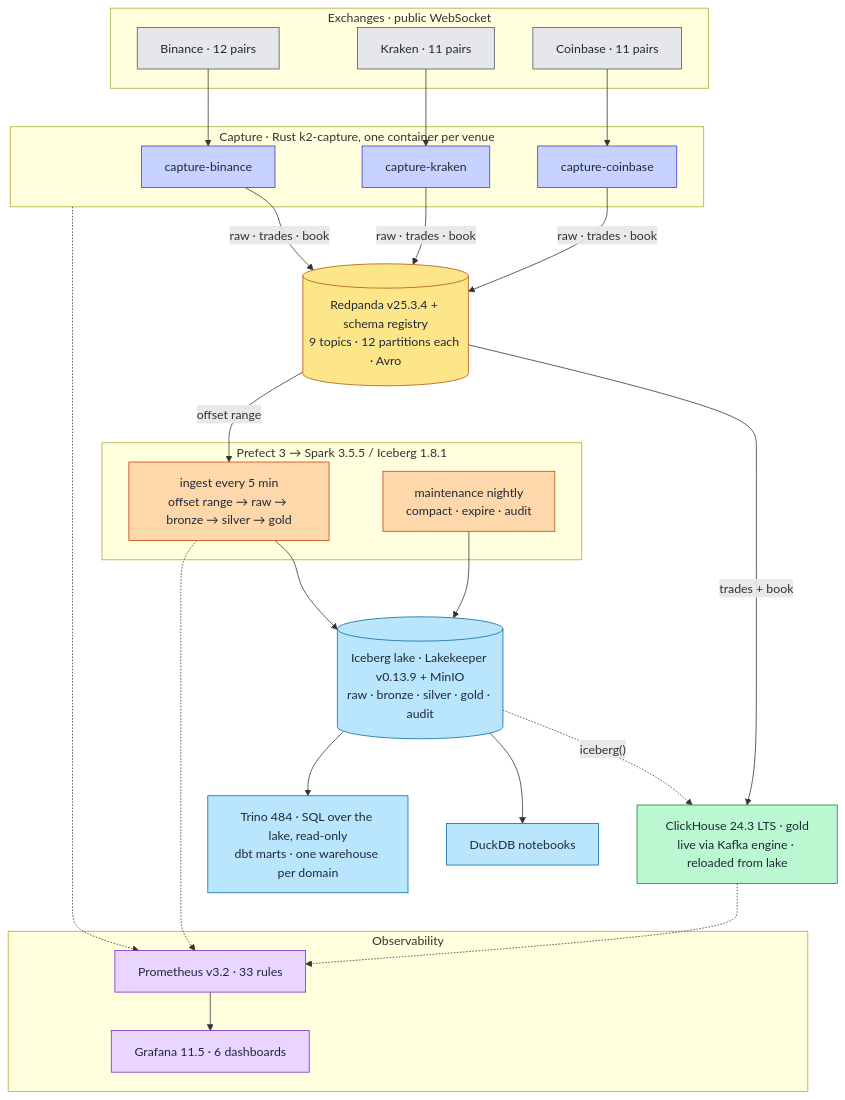
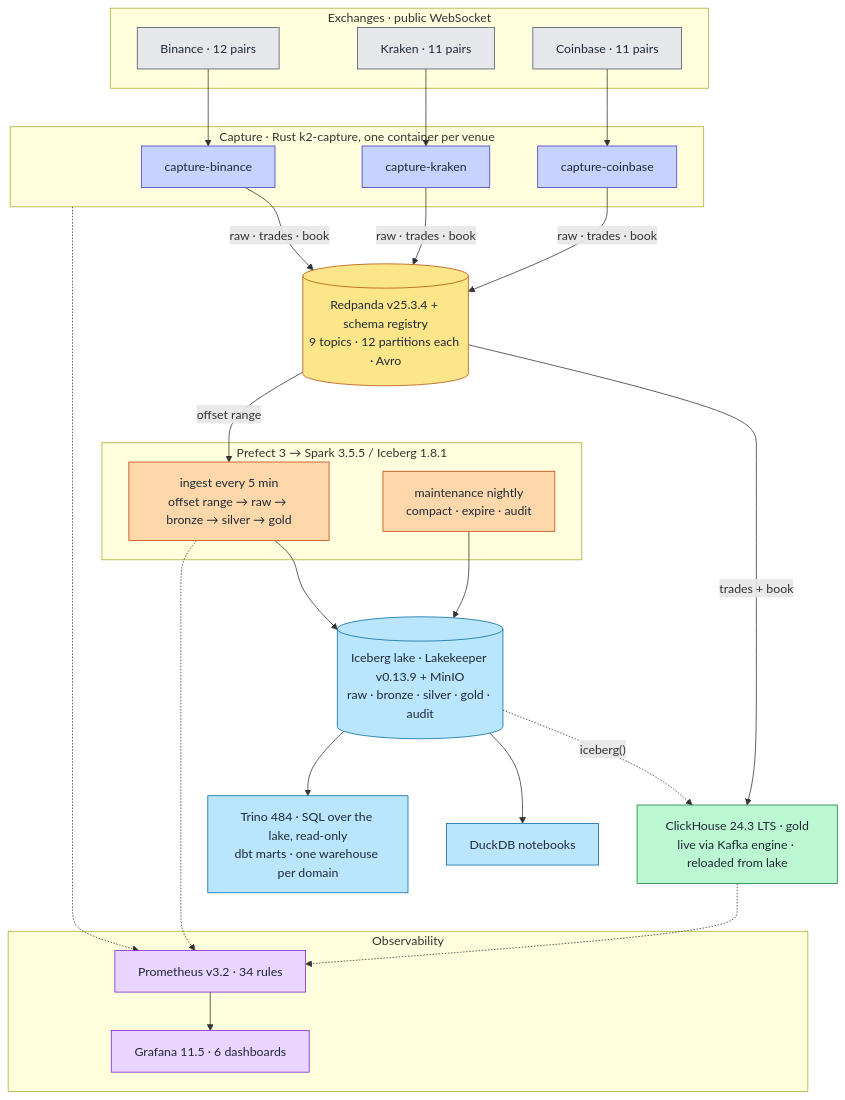
Before and after one commit to rjdscott/k2-market-data-platform: the diagram in docs/architecture/04-system-overview.md, drawn with Mermaid. The commit also changed 17 other files, not shown here.

````diff
--- a/docs/architecture/04-system-overview.md
+++ b/docs/architecture/04-system-overview.md
@@ -28,53 +28,53 @@
 ```mermaid
 flowchart TB
     subgraph EX["Exchanges · public WebSocket"]
         BIN["Binance · 12 pairs"]
         KRK["Kraken · 11 pairs"]
         CBS["Coinbase · 11 pairs"]
     end
     subgraph CAP["Capture · Rust k2-capture, one container per venue"]
         FHB["capture-binance"]
         FHK["capture-kraken"]
         FHC["capture-coinbase"]
     end
     RP[("Redpanda v25.3.4 + schema registry<br/>9 topics · 12 partitions each · Avro")]
     subgraph BATCH["Prefect 3 → Spark 3.5.5 / Iceberg 1.8.1"]
         ING["ingest every 5 min<br/>offset range → raw → bronze → silver → gold"]
         MNT["maintenance nightly<br/>compact · expire · audit"]
     end
     ICE[("Iceberg lake · Lakekeeper v0.13.9 + MinIO<br/>raw · bronze · silver · gold · audit")]
     CH["ClickHouse 24.3 LTS · gold<br/>live via Kafka engine · reloaded from lake"]
     NB["DuckDB notebooks"]
     TR["Trino 484 · SQL over the lake, read-only<br/>dbt marts · one warehouse per domain"]
     subgraph OBS["Observability"]
-        PR["Prometheus v3.2 · 33 rules"]
+        PR["Prometheus v3.2 · 34 rules"]
         GR["Grafana 11.5 · 6 dashboards"]
     end
 
     BIN --> FHB
     KRK --> FHK
     CBS --> FHC
     FHB & FHK & FHC -->|"raw · trades · book"| RP
     RP -->|"trades + book"| CH
     RP -->|"offset range"| ING --> ICE
     MNT --> ICE
     ICE -.->|"iceberg()"| CH
     ICE --> NB
     ICE --> TR
     CAP & CH & ING -.-> PR --> GR
 
     classDef ex fill:#e5e7eb,stroke:#4b5563,color:#1f2937
     classDef rs fill:#c7d2fe,stroke:#4338ca,color:#1f2937
     classDef rp fill:#fde68a,stroke:#b45309,color:#1f2937
     classDef ch fill:#bbf7d0,stroke:#15803d,color:#1f2937
     classDef sp fill:#fed7aa,stroke:#c2410c,color:#1f2937
     classDef lk fill:#bae6fd,stroke:#0369a1,color:#1f2937
     classDef ob fill:#e9d5ff,stroke:#7e22ce,color:#1f2937
     class BIN,KRK,CBS ex
     class FHB,FHK,FHC rs
     class RP rp
     class CH ch
     class ING,MNT sp
     class ICE,NB,TR lk
     class PR,GR ob
 ```
````
